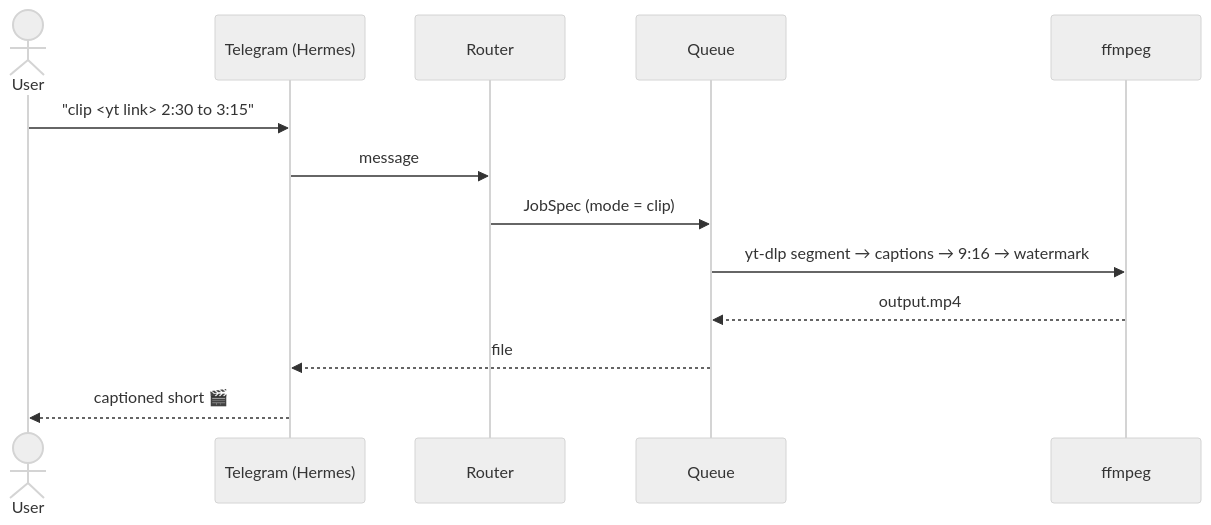
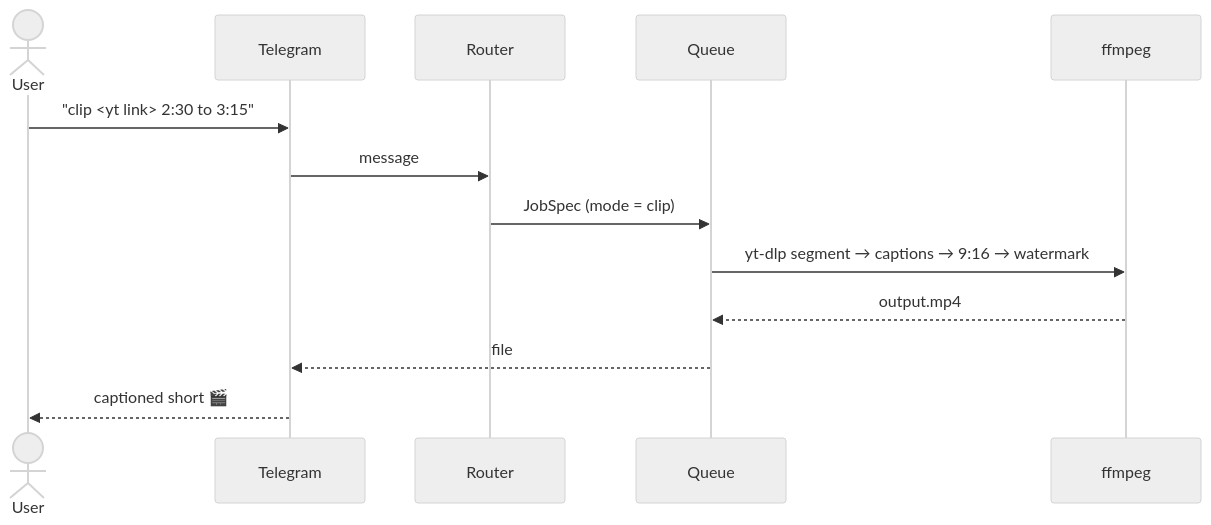
One commit to Pulkit7070/lazyclip changed the second of 2 diagrams in backend/README.md. Above: the diagram before and after it, drawn with Mermaid (neutral theme). The commit also changed other lines of this file and 16 other files, not shown here.

````diff
--- a/backend/README.md
+++ b/backend/README.md
@@ -52,15 +52,15 @@
 ```mermaid
 sequenceDiagram
   actor User
-  participant TG as Telegram (Hermes)
+  participant TG as Telegram
   participant R as Router
   participant Q as Queue
   participant M as ffmpeg
   User->>TG: "clip <yt link> 2:30 to 3:15"
   TG->>R: message
   R->>Q: JobSpec (mode = clip)
   Q->>M: yt-dlp segment → captions → 9:16 → watermark
   M-->>Q: output.mp4
   Q-->>TG: file
   TG-->>User: captioned short 🎬
 ```
````
